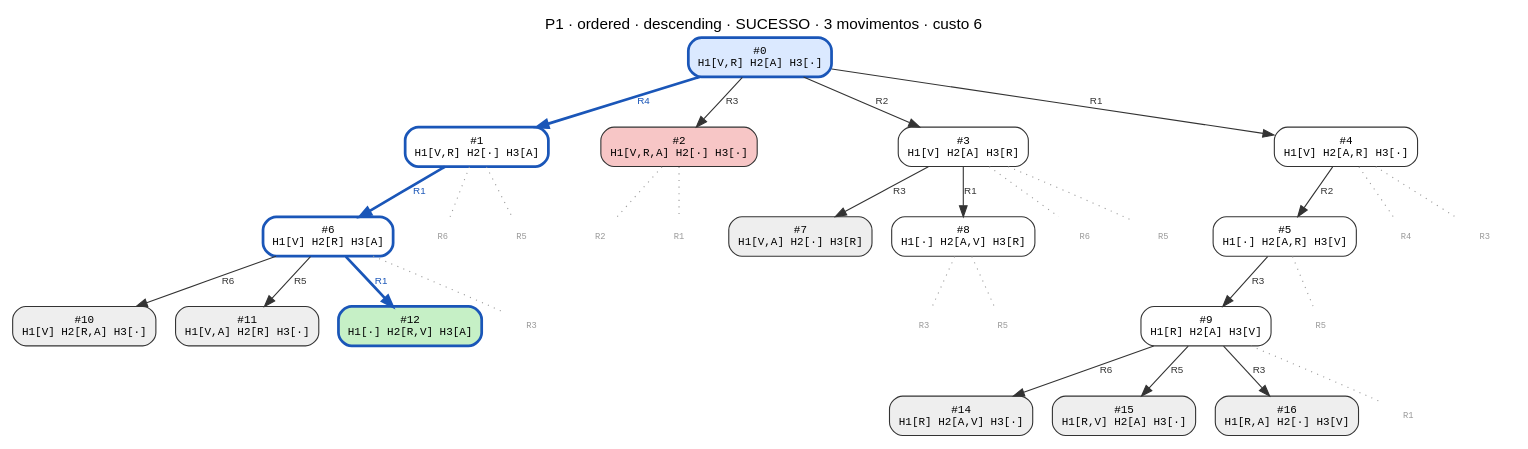
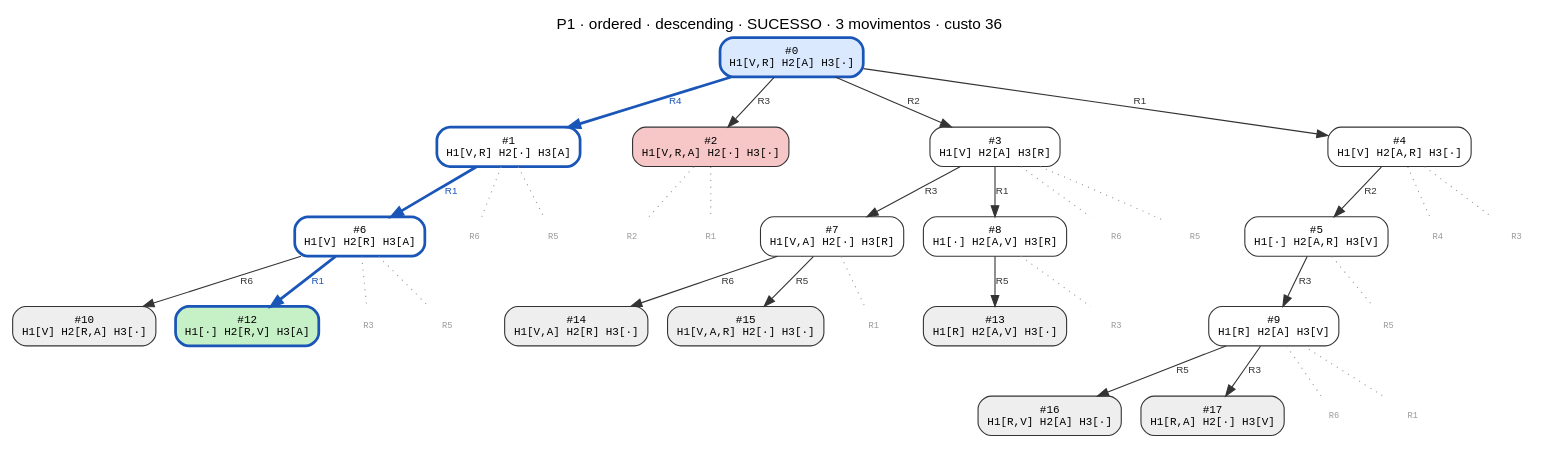
The diagram in data/P1/ordered_descending.dot (CharlesLB/dcc-014-trabalho-1), drawn with Graphviz before and after one commit. The commit also changed 17 other files, not shown here.

Commit message:
Regenerate the search-tree graphs with the ten-per-move cost

```diff
--- a/data/P1/ordered_descending.dot
+++ b/data/P1/ordered_descending.dot
@@ -1,62 +1,68 @@
 digraph search {
-  label="P1 · ordered · descending · SUCESSO · 3 movimentos · custo 6"; labelloc=t; fontname="Helvetica";
+  label="P1 · ordered · descending · SUCESSO · 3 movimentos · custo 36"; labelloc=t; fontname="Helvetica";
   node [shape=box, style="rounded,filled", fontname="monospace", fontsize=10];
   edge [fontname="Helvetica", fontsize=9];
   n0 [label="#0\nH1[V,R] H2[A] H3[·]", fillcolor="#dbe9ff", color="#1a56b8", penwidth=2.5];
   n1 [label="#1\nH1[V,R] H2[·] H3[A]", fillcolor="#ffffff", color="#1a56b8", penwidth=2.5];
   n0 -> n1 [label="R4", color="#1a56b8", fontcolor="#1a56b8", penwidth=2.5];
   n2 [label="#2\nH1[V,R,A] H2[·] H3[·]", fillcolor="#f7c6c6", color="#333333", penwidth=1];
   n0 -> n2 [label="R3", color="#333333", fontcolor="#333333", penwidth=1];
   n3 [label="#3\nH1[V] H2[A] H3[R]", fillcolor="#ffffff", color="#333333", penwidth=1];
   n0 -> n3 [label="R2", color="#333333", fontcolor="#333333", penwidth=1];
   n4 [label="#4\nH1[V] H2[A,R] H3[·]", fillcolor="#ffffff", color="#333333", penwidth=1];
   n0 -> n4 [label="R1", color="#333333", fontcolor="#333333", penwidth=1];
   n5 [label="#5\nH1[·] H2[A,R] H3[V]", fillcolor="#ffffff", color="#333333", penwidth=1];
   n4 -> n5 [label="R2", color="#333333", fontcolor="#333333", penwidth=1];
   n6 [label="#6\nH1[V] H2[R] H3[A]", fillcolor="#ffffff", color="#1a56b8", penwidth=2.5];
   n1 -> n6 [label="R1", color="#1a56b8", fontcolor="#1a56b8", penwidth=2.5];
-  n7 [label="#7\nH1[V,A] H2[·] H3[R]", fillcolor="#eeeeee", color="#333333", penwidth=1];
+  n7 [label="#7\nH1[V,A] H2[·] H3[R]", fillcolor="#ffffff", color="#333333", penwidth=1];
   n3 -> n7 [label="R3", color="#333333", fontcolor="#333333", penwidth=1];
   n8 [label="#8\nH1[·] H2[A,V] H3[R]", fillcolor="#ffffff", color="#333333", penwidth=1];
   n3 -> n8 [label="R1", color="#333333", fontcolor="#333333", penwidth=1];
   n9 [label="#9\nH1[R] H2[A] H3[V]", fillcolor="#ffffff", color="#333333", penwidth=1];
   n5 -> n9 [label="R3", color="#333333", fontcolor="#333333", penwidth=1];
   n10 [label="#10\nH1[V] H2[R,A] H3[·]", fillcolor="#eeeeee", color="#333333", penwidth=1];
   n6 -> n10 [label="R6", color="#333333", fontcolor="#333333", penwidth=1];
-  n11 [label="#11\nH1[V,A] H2[R] H3[·]", fillcolor="#eeeeee", color="#333333", penwidth=1];
-  n6 -> n11 [label="R5", color="#333333", fontcolor="#333333", penwidth=1];
   n12 [label="#12\nH1[·] H2[R,V] H3[A]", fillcolor="#c6f0c6", color="#1a56b8", penwidth=2.5];
   n6 -> n12 [label="R1", color="#1a56b8", fontcolor="#1a56b8", penwidth=2.5];
-  n14 [label="#14\nH1[R] H2[A,V] H3[·]", fillcolor="#eeeeee", color="#333333", penwidth=1];
-  n9 -> n14 [label="R6", color="#333333", fontcolor="#333333", penwidth=1];
-  n15 [label="#15\nH1[R,V] H2[A] H3[·]", fillcolor="#eeeeee", color="#333333", penwidth=1];
-  n9 -> n15 [label="R5", color="#333333", fontcolor="#333333", penwidth=1];
-  n16 [label="#16\nH1[R,A] H2[·] H3[V]", fillcolor="#eeeeee", color="#333333", penwidth=1];
-  n9 -> n16 [label="R3", color="#333333", fontcolor="#333333", penwidth=1];
+  n13 [label="#13\nH1[R] H2[A,V] H3[·]", fillcolor="#eeeeee", color="#333333", penwidth=1];
+  n8 -> n13 [label="R5", color="#333333", fontcolor="#333333", penwidth=1];
+  n14 [label="#14\nH1[V,A] H2[R] H3[·]", fillcolor="#eeeeee", color="#333333", penwidth=1];
+  n7 -> n14 [label="R6", color="#333333", fontcolor="#333333", penwidth=1];
+  n15 [label="#15\nH1[V,A,R] H2[·] H3[·]", fillcolor="#eeeeee", color="#333333", penwidth=1];
+  n7 -> n15 [label="R5", color="#333333", fontcolor="#333333", penwidth=1];
+  n16 [label="#16\nH1[R,V] H2[A] H3[·]", fillcolor="#eeeeee", color="#333333", penwidth=1];
+  n9 -> n16 [label="R5", color="#333333", fontcolor="#333333", penwidth=1];
+  n17 [label="#17\nH1[R,A] H2[·] H3[V]", fillcolor="#eeeeee", color="#333333", penwidth=1];
+  n9 -> n17 [label="R3", color="#333333", fontcolor="#333333", penwidth=1];
   p4_R4 [label="R4", shape=plaintext, style=solid, fontcolor="#999999", fontsize=8];
   n4 -> p4_R4 [style=dotted, color="#999999", arrowhead=none];
   p4_R3 [label="R3", shape=plaintext, style=solid, fontcolor="#999999", fontsize=8];
   n4 -> p4_R3 [style=dotted, color="#999999", arrowhead=none];
   p1_R6 [label="R6", shape=plaintext, style=solid, fontcolor="#999999", fontsize=8];
   n1 -> p1_R6 [style=dotted, color="#999999", arrowhead=none];
   p1_R5 [label="R5", shape=plaintext, style=solid, fontcolor="#999999", fontsize=8];
   n1 -> p1_R5 [style=dotted, color="#999999", arrowhead=none];
   p2_R2 [label="R2", shape=plaintext, style=solid, fontcolor="#999999", fontsize=8];
   n2 -> p2_R2 [style=dotted, color="#999999", arrowhead=none];
   p2_R1 [label="R1", shape=plaintext, style=solid, fontcolor="#999999", fontsize=8];
   n2 -> p2_R1 [style=dotted, color="#999999", arrowhead=none];
   p3_R6 [label="R6", shape=plaintext, style=solid, fontcolor="#999999", fontsize=8];
   n3 -> p3_R6 [style=dotted, color="#999999", arrowhead=none];
   p3_R5 [label="R5", shape=plaintext, style=solid, fontcolor="#999999", fontsize=8];
   n3 -> p3_R5 [style=dotted, color="#999999", arrowhead=none];
   p5_R5 [label="R5", shape=plaintext, style=solid, fontcolor="#999999", fontsize=8];
   n5 -> p5_R5 [style=dotted, color="#999999", arrowhead=none];
   p6_R3 [label="R3", shape=plaintext, style=solid, fontcolor="#999999", fontsize=8];
   n6 -> p6_R3 [style=dotted, color="#999999", arrowhead=none];
   p8_R3 [label="R3", shape=plaintext, style=solid, fontcolor="#999999", fontsize=8];
   n8 -> p8_R3 [style=dotted, color="#999999", arrowhead=none];
+  p7_R1 [label="R1", shape=plaintext, style=solid, fontcolor="#999999", fontsize=8];
+  n7 -> p7_R1 [style=dotted, color="#999999", arrowhead=none];
+  p6_R5 [label="R5", shape=plaintext, style=solid, fontcolor="#999999", fontsize=8];
+  n6 -> p6_R5 [style=dotted, color="#999999", arrowhead=none];
+  p9_R6 [label="R6", shape=plaintext, style=solid, fontcolor="#999999", fontsize=8];
+  n9 -> p9_R6 [style=dotted, color="#999999", arrowhead=none];
   p9_R1 [label="R1", shape=plaintext, style=solid, fontcolor="#999999", fontsize=8];
   n9 -> p9_R1 [style=dotted, color="#999999", arrowhead=none];
-  p8_R5 [label="R5", shape=plaintext, style=solid, fontcolor="#999999", fontsize=8];
-  n8 -> p8_R5 [style=dotted, color="#999999", arrowhead=none];
 }
```
